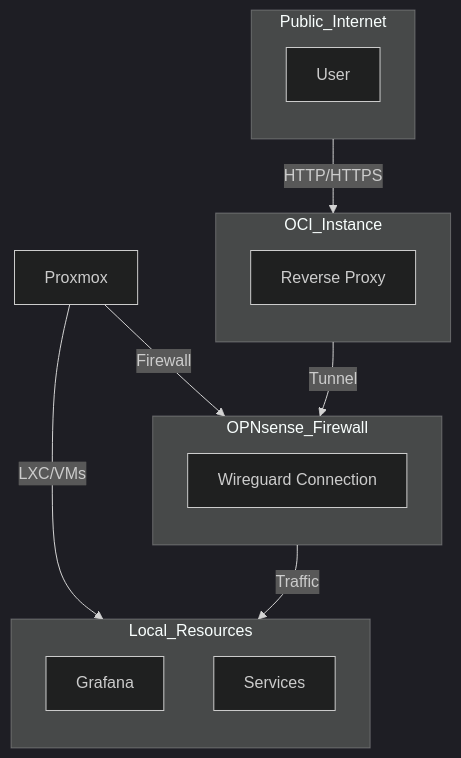
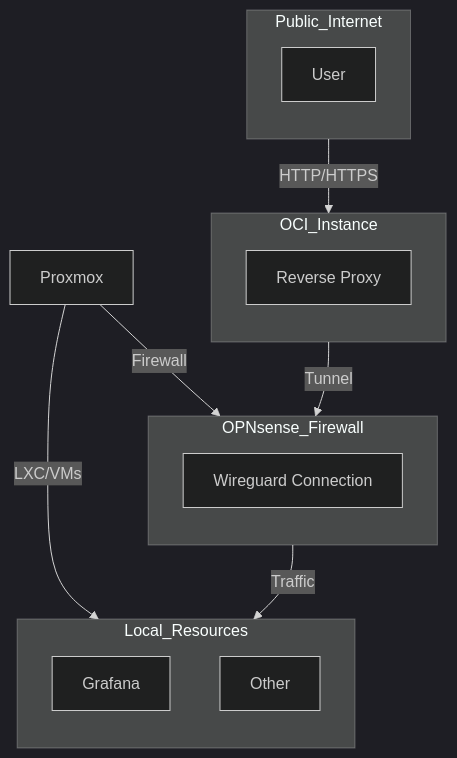
The diagram in Reverse_Proxy_mermaid.md (MarlonJMejia/MarlonJMejia.github.io), drawn with Mermaid (dark theme) before and after one commit.

````diff
--- a/Reverse_Proxy_mermaid.md
+++ b/Reverse_Proxy_mermaid.md
@@ -1,29 +1,29 @@
 ```mermaid
 graph TD
     subgraph Public_Internet
         direction TB
         User[User]
     end
 
     subgraph OCI_Instance
         direction TB
         Reverse_Proxy[Reverse Proxy]
     end
 
     subgraph OPNsense_Firewall
         direction TB
         Wireguard_Connection[Wireguard Connection]
     end
 
     subgraph Local_Resources
         direction TB
         Grafana[Grafana]
-        Local_Website[Services]
+        Local_Website[Other]
     end
 
     User -->|HTTP/HTTPS| Reverse_Proxy
     Reverse_Proxy -->|Tunnel| Wireguard_Connection
     Wireguard_Connection -->|Traffic| Grafana
     Proxmox -->|LXC/VMs| Local_Resources
     Proxmox -->|Firewall| OPNsense_Firewall
 ```
````
